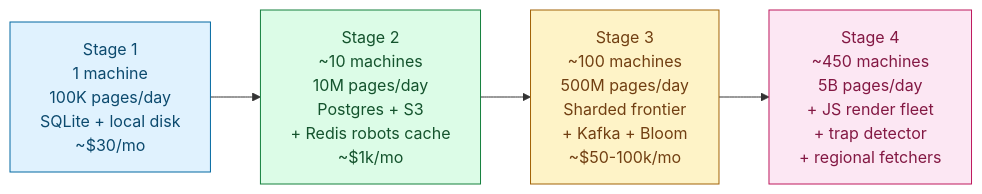
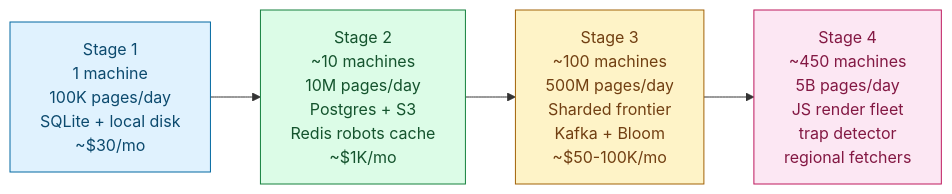
Before and after one commit to shiningflash/shiningflash.github.io: diagram 13 of 13 in _practice/system-design/008-web-crawler.md, drawn with Mermaid. The commit also changed other lines of this file and 18 other files, not shown here.

````diff
--- a/_practice/system-design/008-web-crawler.md
+++ b/_practice/system-design/008-web-crawler.md
@@ -1051,14 +884,14 @@
 ```mermaid
 flowchart LR
     S1["Stage 1<br/>1 machine<br/>100K pages/day<br/>SQLite + local disk<br/>~$30/mo"]:::s1
-    S2["Stage 2<br/>~10 machines<br/>10M pages/day<br/>Postgres + S3<br/>+ Redis robots cache<br/>~$1k/mo"]:::s2
-    S3["Stage 3<br/>~100 machines<br/>500M pages/day<br/>Sharded frontier<br/>+ Kafka + Bloom<br/>~$50-100k/mo"]:::s3
-    S4["Stage 4<br/>~450 machines<br/>5B pages/day<br/>+ JS render fleet<br/>+ trap detector<br/>+ regional fetchers"]:::s4
+    S2["Stage 2<br/>~10 machines<br/>10M pages/day<br/>Postgres + S3<br/>Redis robots cache<br/>~$1K/mo"]:::s2
+    S3["Stage 3<br/>~100 machines<br/>500M pages/day<br/>Sharded frontier<br/>Kafka + Bloom<br/>~$50-100K/mo"]:::s3
+    S4["Stage 4<br/>~450 machines<br/>5B pages/day<br/>JS render fleet<br/>trap detector<br/>regional fetchers"]:::s4
 
     S1 --> S2 --> S3 --> S4
 
     classDef s1 fill:#e0f2fe,stroke:#0369a1,color:#0c4a6e
     classDef s2 fill:#dcfce7,stroke:#15803d,color:#14532d
     classDef s3 fill:#fef3c7,stroke:#a16207,color:#713f12
     classDef s4 fill:#fce7f3,stroke:#be185d,color:#831843
 ```
````
